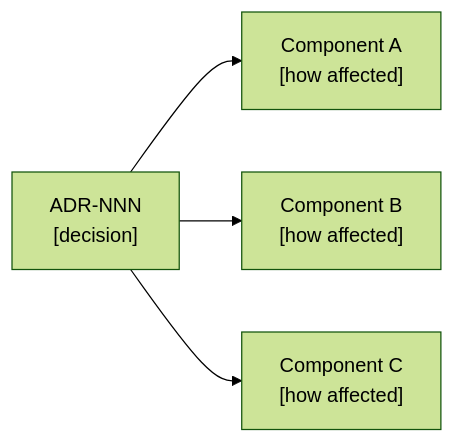
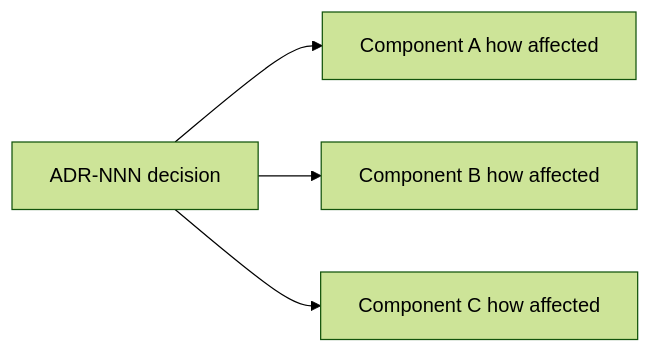
One commit to Xavier-Brinon/get-my-shit-done changed the second of 2 diagrams in get-my-shit-done/templates/adr.org. Above: the diagram before and after it, drawn with Mermaid (forest theme). The commit also changed other lines of this file and 2 other files, not shown here.

First line of the commit message:
feat(01-02): replace ob-mermaid blocks in adr.org, roadmap.org, and research.org

```diff
--- a/get-my-shit-done/templates/adr.org
+++ b/get-my-shit-done/templates/adr.org
@@ -129,6 +171,6 @@
-#+begin_src mermaid :file adr-NNN-impact.png :exports results
+#+begin_src mermaid :exports none
 flowchart LR
-    D["ADR-NNN\n[decision]"] --> C1["Component A\n[how affected]"]
-    D --> C2["Component B\n[how affected]"]
-    D --> C3["Component C\n[how affected]"]
+    D["ADR-NNN decision"] --> C1["Component A how affected"]
+    D --> C2["Component B how affected"]
+    D --> C3["Component C how affected"]
 #+end_src
```
